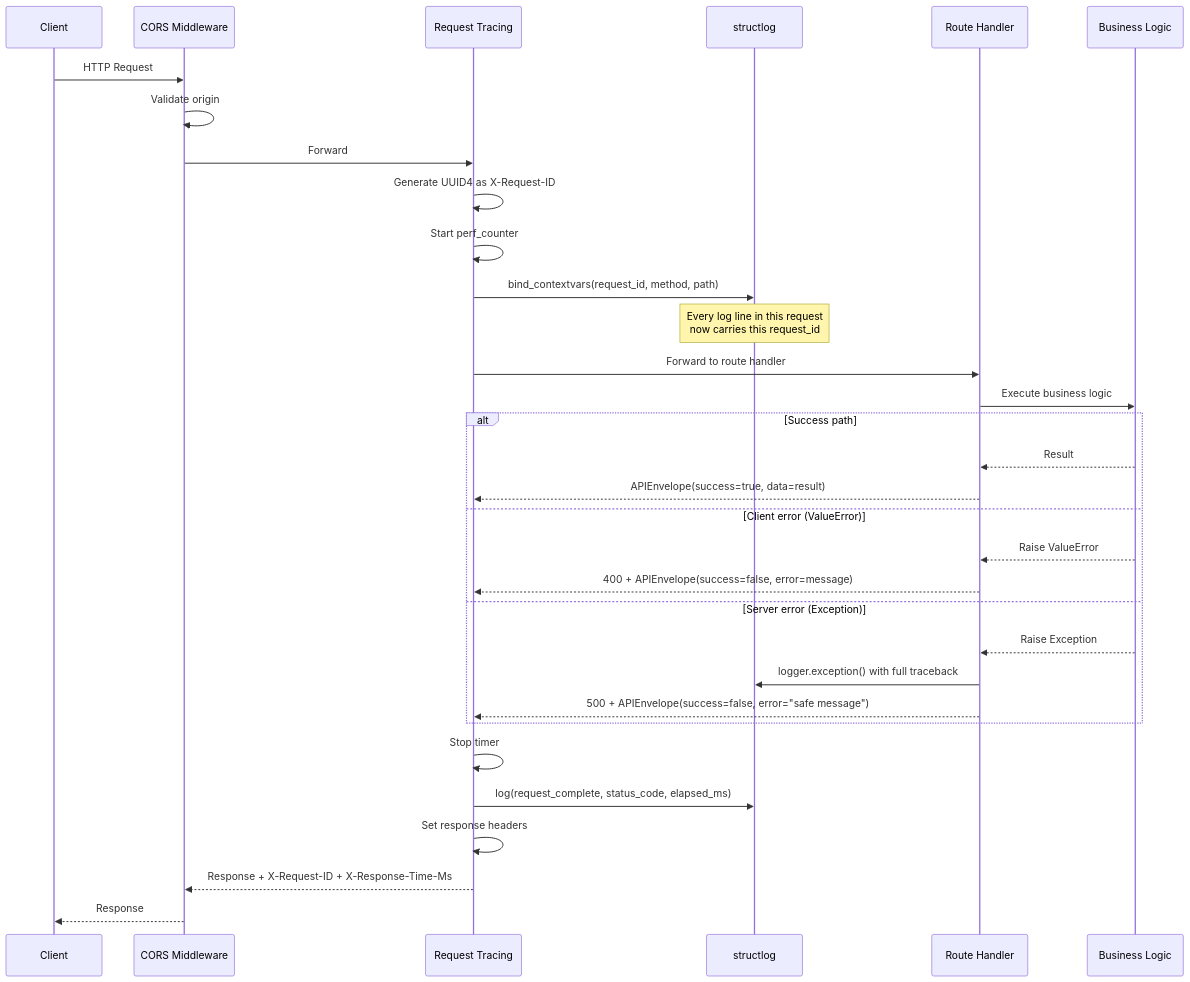
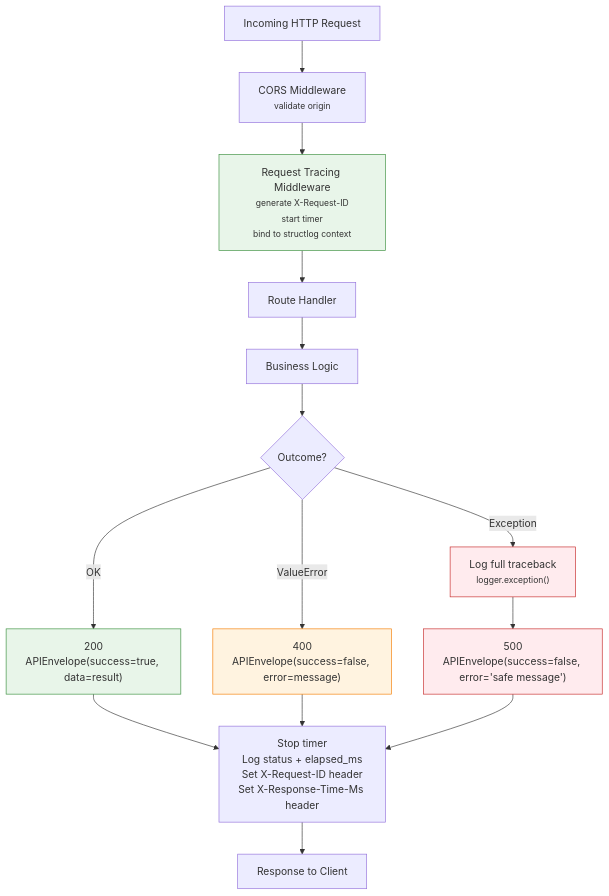
One commit to singhrobin123/semantic-video-search changed the fifth of 8 diagrams in README.md. Above: the diagram before and after it, drawn with Mermaid. The commit also changed other lines of this file, not shown here.

Commit message:
Improve README: Mermaid diagrams, better readability, collapsible API docs

````diff
--- a/README.md
+++ b/README.md
@@ -283,39 +280,29 @@
 ```mermaid
-sequenceDiagram
-    participant C as Client
-    participant CORS as CORS Middleware
-    participant RT as Request Tracing
-    participant LOG as structlog
-    participant H as Route Handler
-    participant BL as Business Logic
+flowchart TD
+    Req["Incoming HTTP Request"] --> CORS
+    
+    CORS["CORS Middleware<br/><small>validate origin</small>"] --> Trace
+    
+    Trace["Request Tracing Middleware<br/><small>generate X-Request-ID<br/>start timer<br/>bind to structlog context</small>"] --> Handler
+    
+    Handler["Route Handler"] --> Logic["Business Logic"]
+    
+    Logic --> Success{"Outcome?"}
+    
+    Success -->|"OK"| S200["200<br/>APIEnvelope(success=true, data=result)"]
+    Success -->|"ValueError"| S400["400<br/>APIEnvelope(success=false, error=message)"]
+    Success -->|"Exception"| Log["Log full traceback<br/><small>logger.exception()</small>"]
+    Log --> S500["500<br/>APIEnvelope(success=false, error='safe message')"]
+    
+    S200 --> Finalize
+    S400 --> Finalize
+    S500 --> Finalize
+    
+    Finalize["Stop timer<br/>Log status + elapsed_ms<br/>Set X-Request-ID header<br/>Set X-Response-Time-Ms header"] --> Resp["Response to Client"]
 
-    C->>CORS: HTTP Request
-    CORS->>CORS: Validate origin
-    CORS->>RT: Forward
-
-    RT->>RT: Generate UUID4 as X-Request-ID
-    RT->>RT: Start perf_counter
-    RT->>LOG: bind_contextvars(request_id, method, path)
-    Note over LOG: Every log line in this request<br/>now carries this request_id
-
-    RT->>H: Forward to route handler
-    H->>BL: Execute business logic
-
-    alt Success path
-        BL-->>H: Result
-        H-->>RT: APIEnvelope(success=true, data=result)
-    else Client error (ValueError)
-        BL-->>H: Raise ValueError
-        H-->>RT: 400 + APIEnvelope(success=false, error=message)
-    else Server error (Exception)
-        BL-->>H: Raise Exception
-        H->>LOG: logger.exception() with full traceback
-        H-->>RT: 500 + APIEnvelope(success=false, error="safe message")
-    end
-
-    RT->>RT: Stop timer
-    RT->>LOG: log(request_complete, status_code, elapsed_ms)
-    RT->>RT: Set response headers
-    RT-->>CORS: Response + X-Request-ID + X-Response-Time-Ms
-    CORS-->>C: Response
+    style Trace fill:#e8f5e9,stroke:#388e3c
+    style Log fill:#ffebee,stroke:#c62828
+    style S200 fill:#e8f5e9,stroke:#388e3c
+    style S400 fill:#fff3e0,stroke:#f57c00
+    style S500 fill:#ffebee,stroke:#c62828
 ```
````
